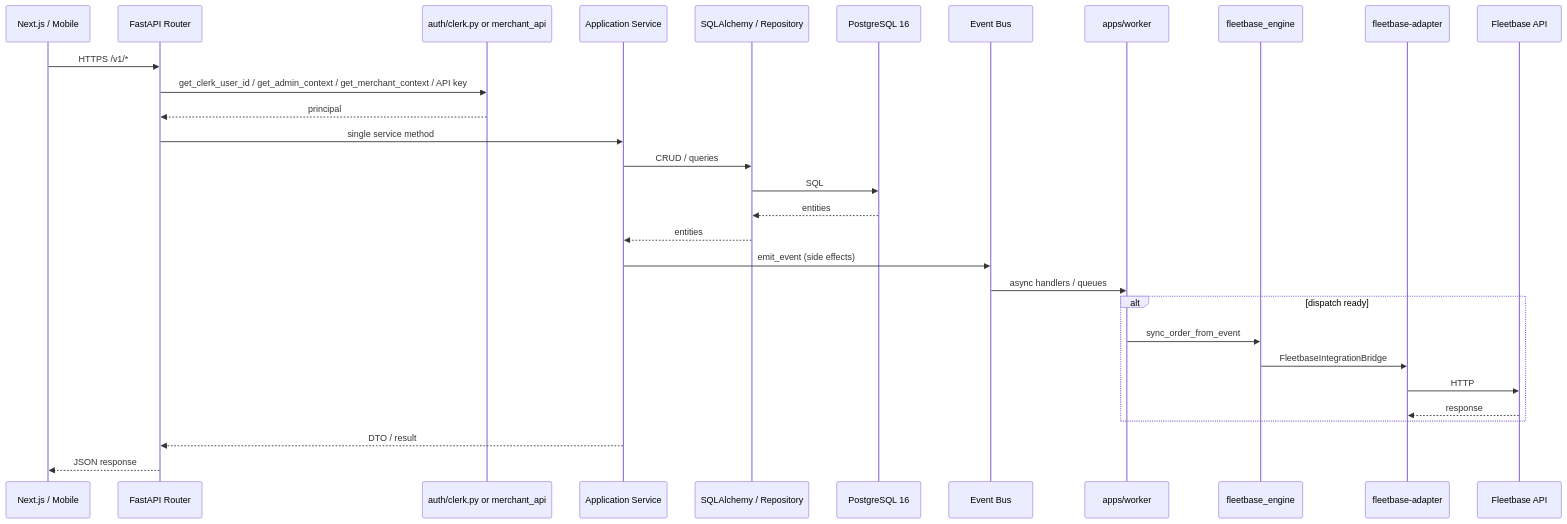
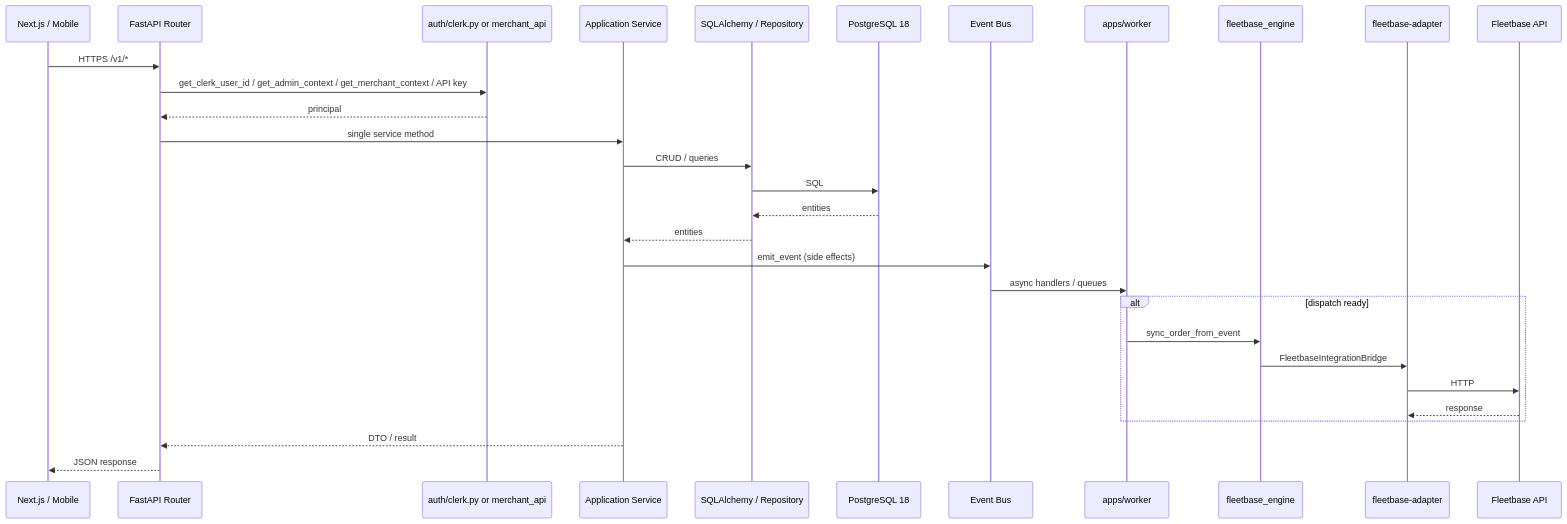
Before and after one commit to PORTERCHAIN-INC/PCD: the diagram in docs/architecture/APPLICATION_FLOW.md, drawn with Mermaid. The commit also changed other lines of this file and 811 other files, not shown here.

````diff
--- a/docs/architecture/APPLICATION_FLOW.md
+++ b/docs/architecture/APPLICATION_FLOW.md
@@ -61,33 +61,33 @@
 ```mermaid
 sequenceDiagram
   participant UI as Next.js / Mobile
   participant Router as FastAPI Router
   participant Auth as auth/clerk.py or merchant_api
   participant Svc as Application Service
   participant Repo as SQLAlchemy / Repository
-  participant DB as PostgreSQL 16
+  participant DB as PostgreSQL 18
   participant Bus as Event Bus
   participant Worker as apps/worker
   participant FBE as fleetbase_engine
   participant FBA as fleetbase-adapter
   participant FB as Fleetbase API
 
   UI->>Router: HTTPS /v1/*
   Router->>Auth: get_clerk_user_id / get_admin_context / get_merchant_context / API key
   Auth-->>Router: principal
   Router->>Svc: single service method
   Svc->>Repo: CRUD / queries
   Repo->>DB: SQL
   DB-->>Repo: entities
   Repo-->>Svc: entities
   Svc->>Bus: emit_event (side effects)
   Bus->>Worker: async handlers / queues
   alt dispatch ready
     Worker->>FBE: sync_order_from_event
     FBE->>FBA: FleetbaseIntegrationBridge
     FBA->>FB: HTTP
     FB-->>FBA: response
   end
   Svc-->>Router: DTO / result
   Router-->>UI: JSON response
 ```
````
